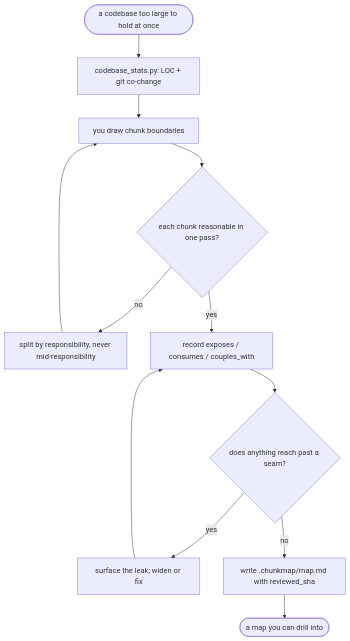
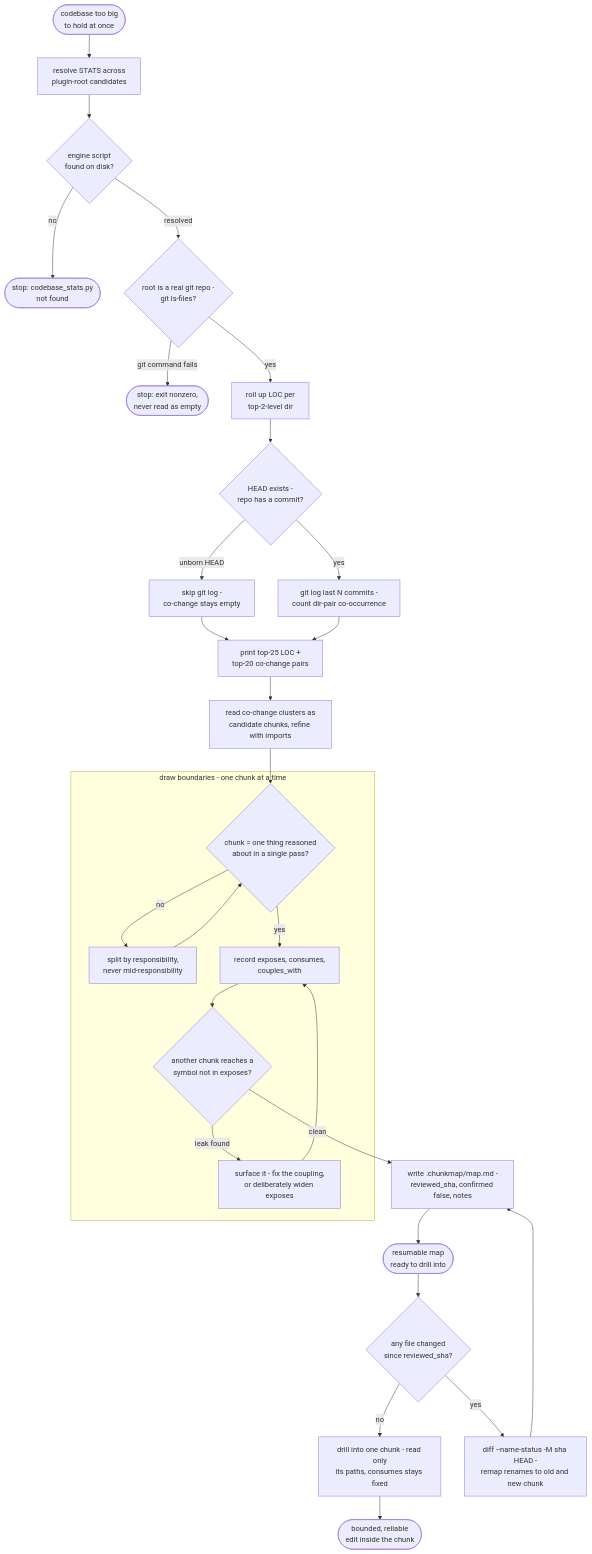
Before and after one commit to khenrix/khenrix-utils: the diagram in docs/skill-charts/chunk-map.md, drawn with Mermaid. The commit also changed other lines of this file and 10 other files, not shown here.

First line of the commit message:
docs(charts): re-author all 12 flowcharts to real depth

````diff
--- a/docs/skill-charts/chunk-map.md
+++ b/docs/skill-charts/chunk-map.md
@@ -3,13 +9,37 @@
 ```mermaid
 flowchart TD
     accTitle: chunk-map flow
-    START([a codebase too large to hold at once]) --> STATS[codebase_stats.py: LOC + git co-change]
-    STATS --> DRAW[you draw chunk boundaries]
-    DRAW --> G_SIZE{each chunk reasonable in one pass?}
-    G_SIZE -- no --> SPLIT[split by responsibility, never mid-responsibility] --> DRAW
-    G_SIZE -- yes --> SEAMS[record exposes / consumes / couples_with]
-    SEAMS --> G_LEAK{does anything reach past a seam?}
-    G_LEAK -- yes --> SURFACE[surface the leak; widen or fix] --> SEAMS
-    G_LEAK -- no --> WRITE[write .chunkmap/map.md with reviewed_sha]
-    WRITE --> DONE([a map you can drill into])
+    accDescr: Locate and run the bundled LOC and co-change engine, which itself gates on the root being a real git repo and on whether HEAD has any commits yet. The agent reads co-change clusters as candidate chunks, sizes each by reasoning capacity rather than line count, records its seams, and greps for leaks past them before writing the resumable map. Resuming later re-derives only the chunks whose files changed since the recorded sha.
+
+    START([codebase too big<br/>to hold at once]) --> LOCATE[resolve STATS across<br/>plugin-root candidates]
+    LOCATE --> G_FOUND{engine script<br/>found on disk?}
+    G_FOUND -- "no" --> HALT_MISSING([stop: codebase_stats.py<br/>not found])
+    G_FOUND -- "resolved" --> G_REPO{root is a real git repo -<br/>git ls-files?}
+    G_REPO -- "git command fails" --> HALT_REPO([stop: exit nonzero,<br/>never read as empty])
+    G_REPO -- "yes" --> LOC[roll up LOC per<br/>top-2-level dir]
+    LOC --> G_HEAD{HEAD exists -<br/>repo has a commit?}
+    G_HEAD -- "unborn HEAD" --> SKIP_LOG[skip git log -<br/>co-change stays empty]
+    G_HEAD -- "yes" --> COCHANGE[git log last N commits -<br/>count dir-pair co-occurrence]
+    SKIP_LOG --> PRINT[print top-25 LOC +<br/>top-20 co-change pairs]
+    COCHANGE --> PRINT
+    PRINT --> READ[read co-change clusters as<br/>candidate chunks, refine with imports]
+
+    subgraph DRAFT [draw boundaries - one chunk at a time]
+        G_SIZE{chunk = one thing reasoned<br/>about in a single pass?}
+        G_SIZE -- "no" --> SPLIT[split by responsibility,<br/>never mid-responsibility]
+        SPLIT --> G_SIZE
+        G_SIZE -- "yes" --> SEAMS[record exposes, consumes,<br/>couples_with]
+        SEAMS --> G_LEAK{another chunk reaches a<br/>symbol not in exposes?}
+        G_LEAK -- "leak found" --> SURFACE[surface it - fix the coupling,<br/>or deliberately widen exposes]
+        SURFACE --> SEAMS
+    end
+
+    READ --> G_SIZE
+    G_LEAK -- "clean" --> WRITE[write .chunkmap/map.md -<br/>reviewed_sha, confirmed false, notes]
+    WRITE --> MAP_READY([resumable map<br/>ready to drill into])
+    MAP_READY --> G_STALE{any file changed<br/>since reviewed_sha?}
+    G_STALE -- "no" --> DRILL[drill into one chunk - read only<br/>its paths, consumes stays fixed]
+    G_STALE -- "yes" --> RESTALE[diff --name-status -M sha HEAD -<br/>remap renames to old and new chunk]
+    RESTALE --> WRITE
+    DRILL --> STOP([bounded, reliable<br/>edit inside the chunk])
 ```
````
